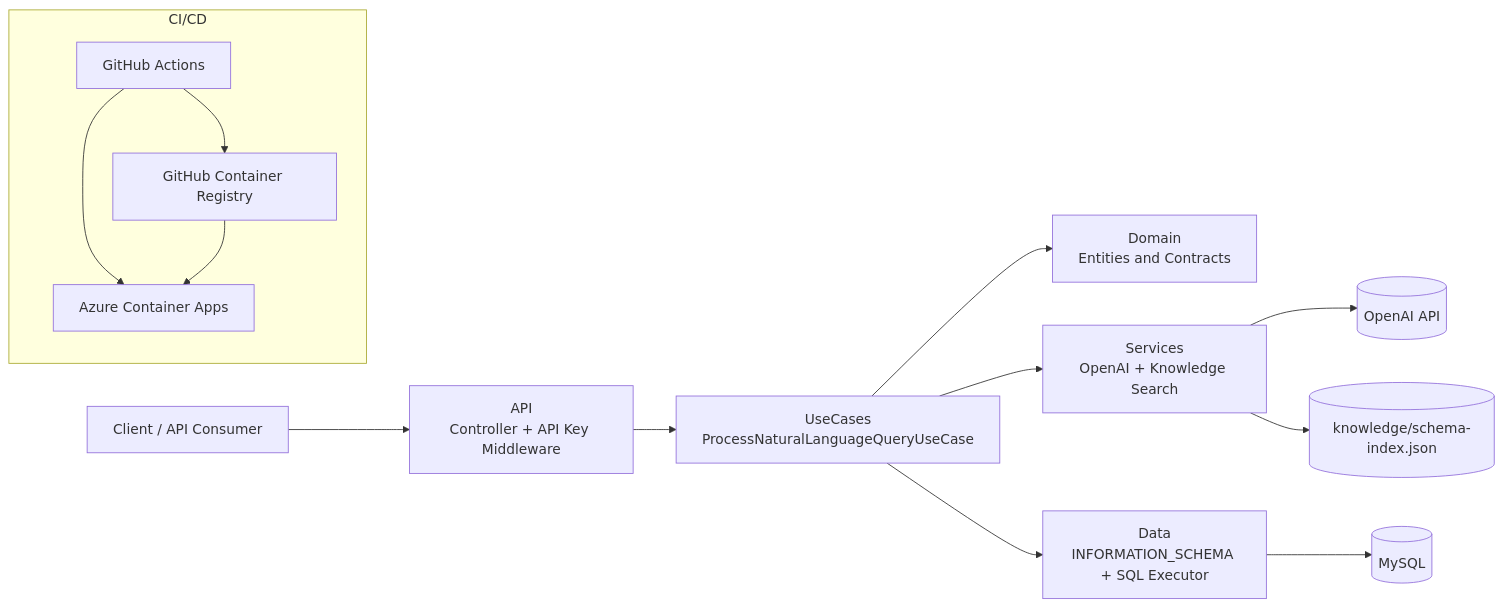
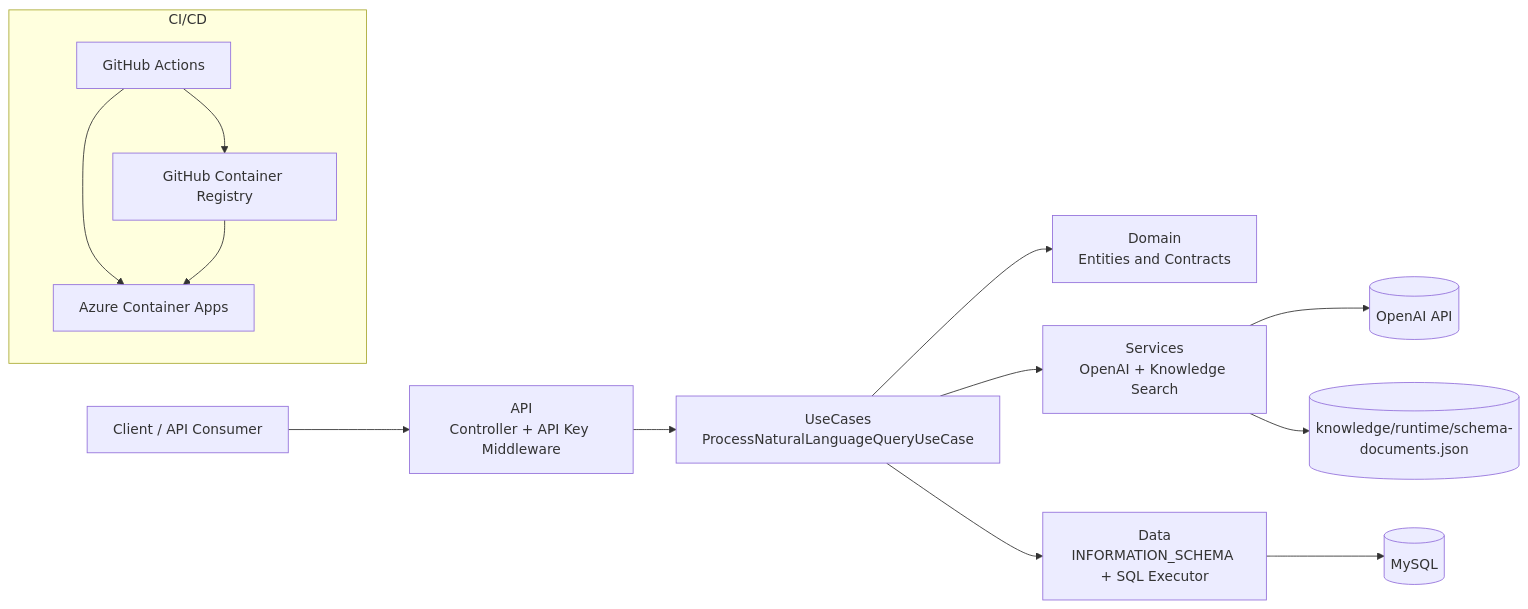
The diagram in docs/architecture/component-diagram.mmd (vitorrubio/dbassistant), drawn with Mermaid before and after one commit. The commit also changed 40 other files, not shown here.

Commit message:
feat(rag): generate runtime schema retrieval artifacts

```diff
--- a/docs/architecture/component-diagram.mmd
+++ b/docs/architecture/component-diagram.mmd
@@ -1,16 +1,16 @@
 flowchart LR
     Client[Client / API Consumer] --> Api[API\nController + API Key Middleware]
     Api --> UseCases[UseCases\nProcessNaturalLanguageQueryUseCase]
     UseCases --> Domain[Domain\nEntities and Contracts]
     UseCases --> Services[Services\nOpenAI + Knowledge Search]
     UseCases --> Data[Data\nINFORMATION_SCHEMA + SQL Executor]
 
     Data --> MySql[(MySQL)]
     Services --> OpenAI[(OpenAI API)]
-    Services --> Knowledge[(knowledge/schema-index.json)]
+    Services --> Knowledge[(knowledge/runtime/schema-documents.json)]
 
     subgraph CI/CD
         GH[GitHub Actions] --> GHCR[GitHub Container Registry]
         GH --> Azure[Azure Container Apps]
         GHCR --> Azure
     end
```
